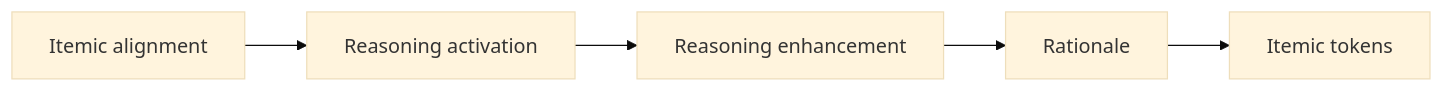
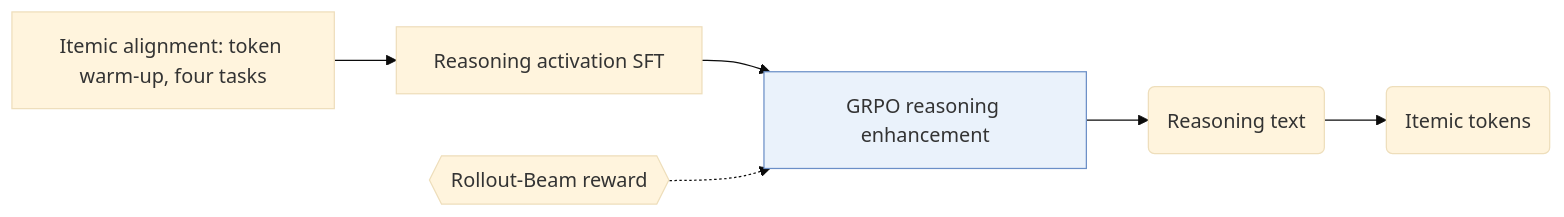
The first of 2 diagrams in notes/onerec-think.md (Galaxy-ghost/Awesome-SID-Generative-Rec), drawn with Mermaid (base theme) before and after one commit. The commit also changed other lines of this file and 521 other files, not shown here.

Commit message:
writer-04 part 3: algorithm diagrams with shared shape conventions, README hero and paper cards, archive removed

````diff
--- a/notes/onerec-think.md
+++ b/notes/onerec-think.md
@@ -14,7 +14,9 @@
 ```mermaid
 flowchart LR
-    A[Itemic alignment] --> B[Reasoning activation]
-    B --> C[Reasoning enhancement]
-    C --> D[Rationale]
-    D --> E[Itemic tokens]
+    A["Itemic alignment: token warm-up, four tasks"] --> B["Reasoning activation SFT"]
+    B --> C["GRPO reasoning enhancement"]:::key
+    L1{{"Rollout-Beam reward"}} -.-> C
+    C --> D("Reasoning text")
+    D --> E("Itemic tokens")
+    classDef key fill:#eaf2fb,stroke:#6b8fc7
 ```
````
